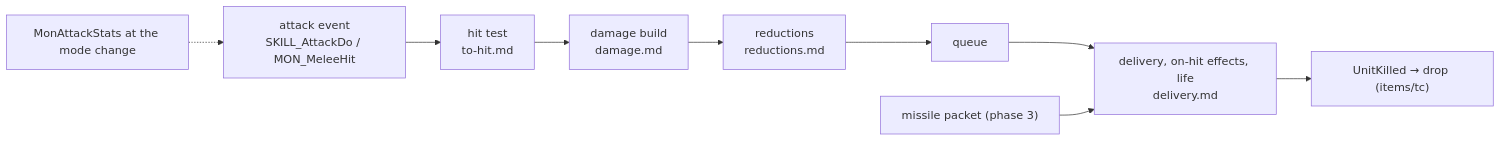
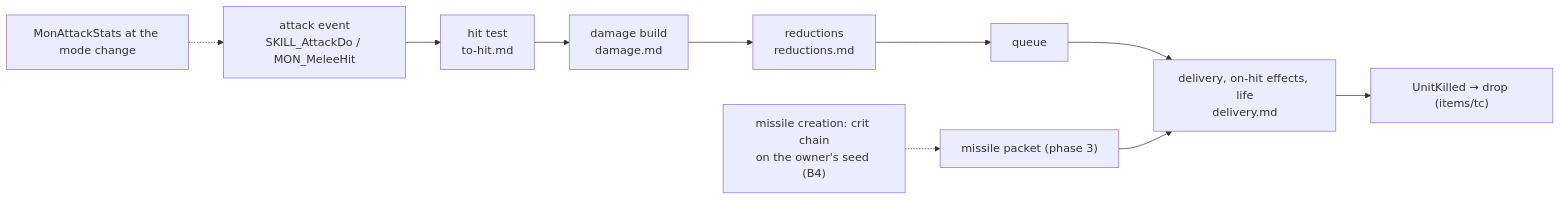
One commit to IgorKonovalov/diablo-2-recompilation changed the first of 5 diagrams in docs/specs/combat/README.md. Above: the diagram before and after it, drawn with Mermaid. The commit also changed other lines of this file and 10 other files, not shown here.

First line of the commit message:
docs(specs): missile creation draws on the owner's seed (combat B4), pierce local seed, 0x40 missile side, useAmmo gates

````diff
--- a/docs/specs/combat/README.md
+++ b/docs/specs/combat/README.md
@@ -24,11 +24,12 @@
 ```mermaid
 flowchart LR
   ev["attack event<br/>SKILL_AttackDo / MON_MeleeHit"] --> th["hit test<br/>to-hit.md"]
   th --> bd["damage build<br/>damage.md"]
   bd --> rd["reductions<br/>reductions.md"]
   rd --> q["queue"]
   q --> dl["delivery, on-hit effects, life<br/>delivery.md"]
   mas["MonAttackStats at the mode change"] -.-> ev
+  mc["missile creation: crit chain<br/>on the owner's seed (B4)"] -.-> mis
   mis["missile packet (phase 3)"] --> dl
   dl --> kill["UnitKilled → drop (items/tc)"]
 ```
````
